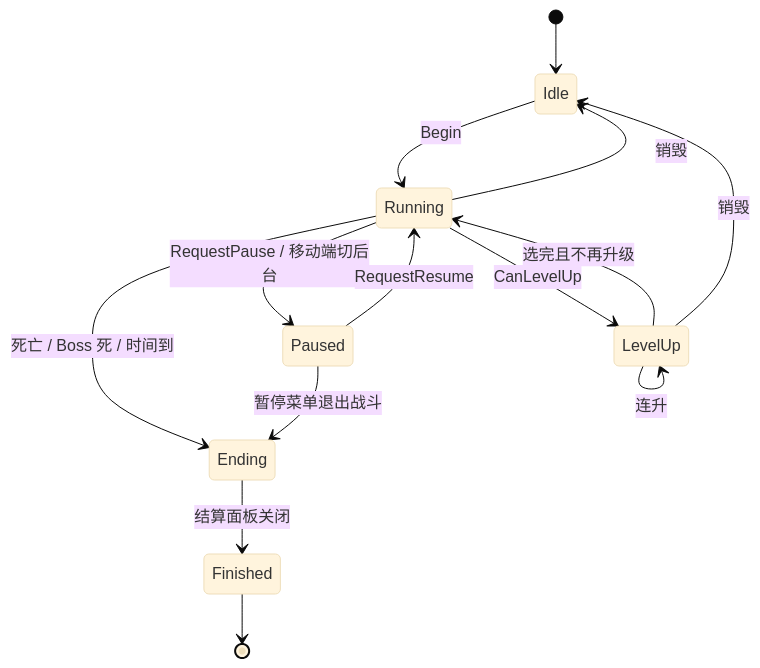
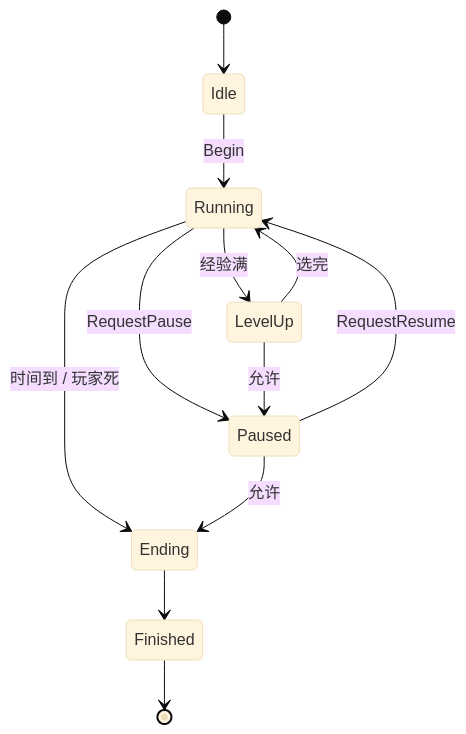
The sixth of 7 diagrams in Docs/战斗类图.md (snakeazh/RoguelikeClient), drawn with Mermaid (base theme) before and after one commit. The commit also changed other lines of this file and 5 other files, not shown here.

First line of the commit message:
docs: 文档对齐到当前分层与命令行（README/框架使用文档/战斗系统/类图/重构计划）

````diff
--- a/Docs/战斗类图.md
+++ b/Docs/战斗类图.md
@@ -434,16 +237,14 @@
 ```mermaid
 stateDiagram-v2
     [*] --> Idle
     Idle --> Running : Begin
-    Running --> LevelUp : CanLevelUp
-    LevelUp --> LevelUp : 连升
-    LevelUp --> Running : 选完且不再升级
-    Running --> Paused : RequestPause / 移动端切后台
+    Running --> LevelUp : 经验满
+    LevelUp --> Running : 选完
+    Running --> Paused : RequestPause
     Paused --> Running : RequestResume
-    Running --> Ending : 死亡 / Boss 死 / 时间到
-    Paused --> Ending : 暂停菜单退出战斗
-    Ending --> Finished : 结算面板关闭
+    Running --> Ending : 时间到 / 玩家死
+    LevelUp --> Paused : 允许
+    Paused --> Ending : 允许
+    Ending --> Finished
     Finished --> [*]
-    LevelUp --> Idle : 销毁
-    Running --> Idle : 销毁
 ```
````
